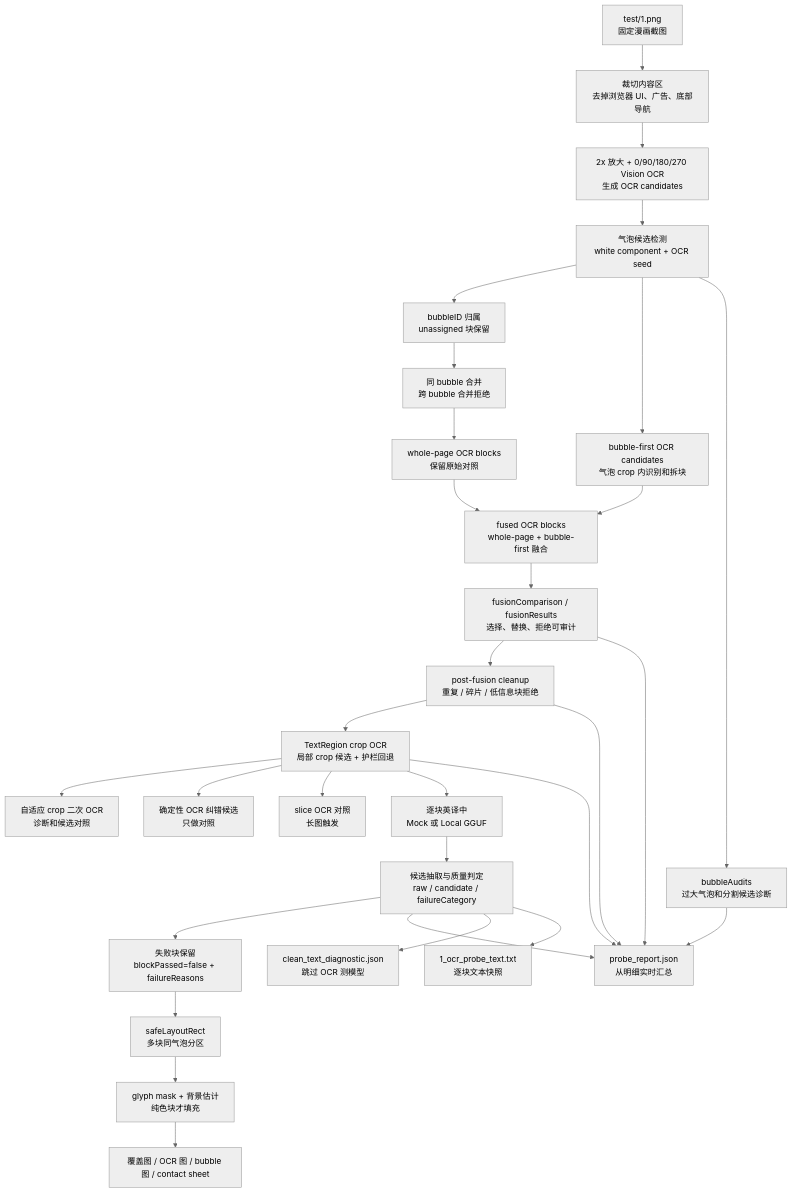
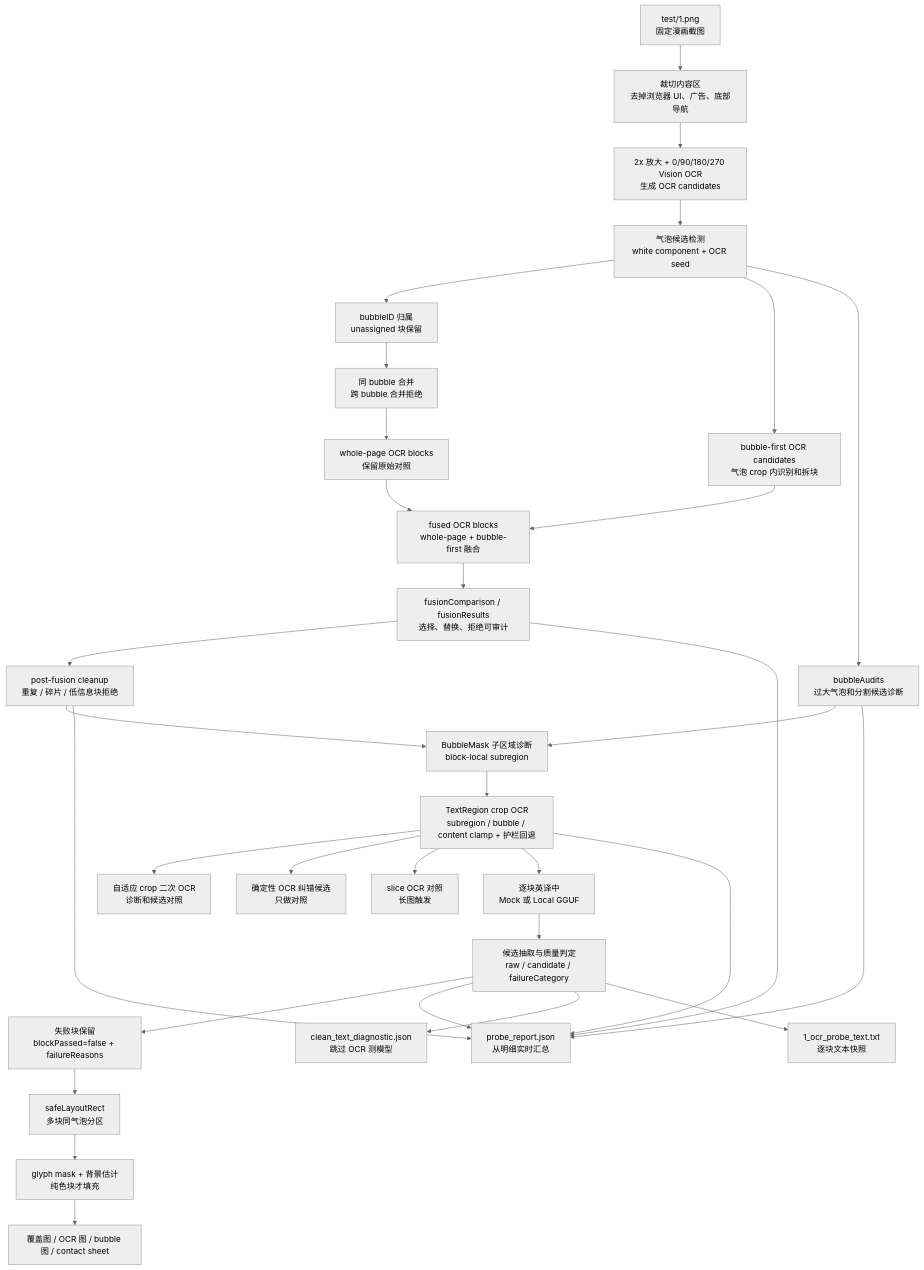
One commit to bengzhu/project1_lgbt_naxida changed the second of 3 diagrams in md/flow/flowchart.md. Above: the diagram before and after it, drawn with Mermaid (neutral theme). The commit also changed 11 other files, not shown here.

````diff
--- a/md/flow/flowchart.md
+++ b/md/flow/flowchart.md
@@ -48,41 +48,43 @@
 ```mermaid
 flowchart TD
   %% 输入：固定 bundle 素材
   A["test/1.png<br/>固定漫画截图"] --> B["裁切内容区<br/>去掉浏览器 UI、广告、底部导航"]
 
   %% OCR：整页与气泡候选
   B --> C["2x 放大 + 0/90/180/270 Vision OCR<br/>生成 OCR candidates"]
   C --> D["气泡候选检测<br/>white component + OCR seed"]
   D --> E["bubbleID 归属<br/>unassigned 块保留"]
   E --> F["同 bubble 合并<br/>跨 bubble 合并拒绝"]
   F --> W["whole-page OCR blocks<br/>保留原始对照"]
   D --> J["bubble-first OCR candidates<br/>气泡 crop 内识别和拆块"]
   W --> G["fused OCR blocks<br/>whole-page + bubble-first 融合"]
   J --> G
   G --> X["fusionComparison / fusionResults<br/>选择、替换、拒绝可审计"]
   X --> Y["post-fusion cleanup<br/>重复 / 碎片 / 低信息块拒绝"]
-  Y --> V["TextRegion crop OCR<br/>局部 crop 候选 + 护栏回退"]
+  Y --> U["BubbleMask 子区域诊断<br/>block-local subregion"]
+  U --> V["TextRegion crop OCR<br/>subregion / bubble / content clamp + 护栏回退"]
   D --> Z["bubbleAudits<br/>过大气泡和分割候选诊断"]
+  Z --> U
 
   %% 诊断旁路：不替代主流程
   V --> H["自适应 crop 二次 OCR<br/>诊断和候选对照"]
   V --> I["确定性 OCR 纠错候选<br/>只做对照"]
   V --> K["slice OCR 对照<br/>长图触发"]
 
   %% 翻译：逐块主路径
   V --> L["逐块英译中<br/>Mock 或 Local GGUF"]
   L --> M["候选抽取与质量判定<br/>raw / candidate / failureCategory"]
   M --> N["失败块保留<br/>blockPassed=false + failureReasons"]
 
   %% 报告和渲染
   N --> O["safeLayoutRect<br/>多块同气泡分区"]
   O --> P["glyph mask + 背景估计<br/>纯色块才填充"]
   P --> Q["覆盖图 / OCR 图 / bubble 图 / contact sheet"]
   M --> R["probe_report.json<br/>从明细实时汇总"]
   X --> R
   Y --> R
   V --> R
   Z --> R
   M --> S["clean_text_diagnostic.json<br/>跳过 OCR 测模型"]
   M --> T["1_ocr_probe_text.txt<br/>逐块文本快照"]
 ```
````
